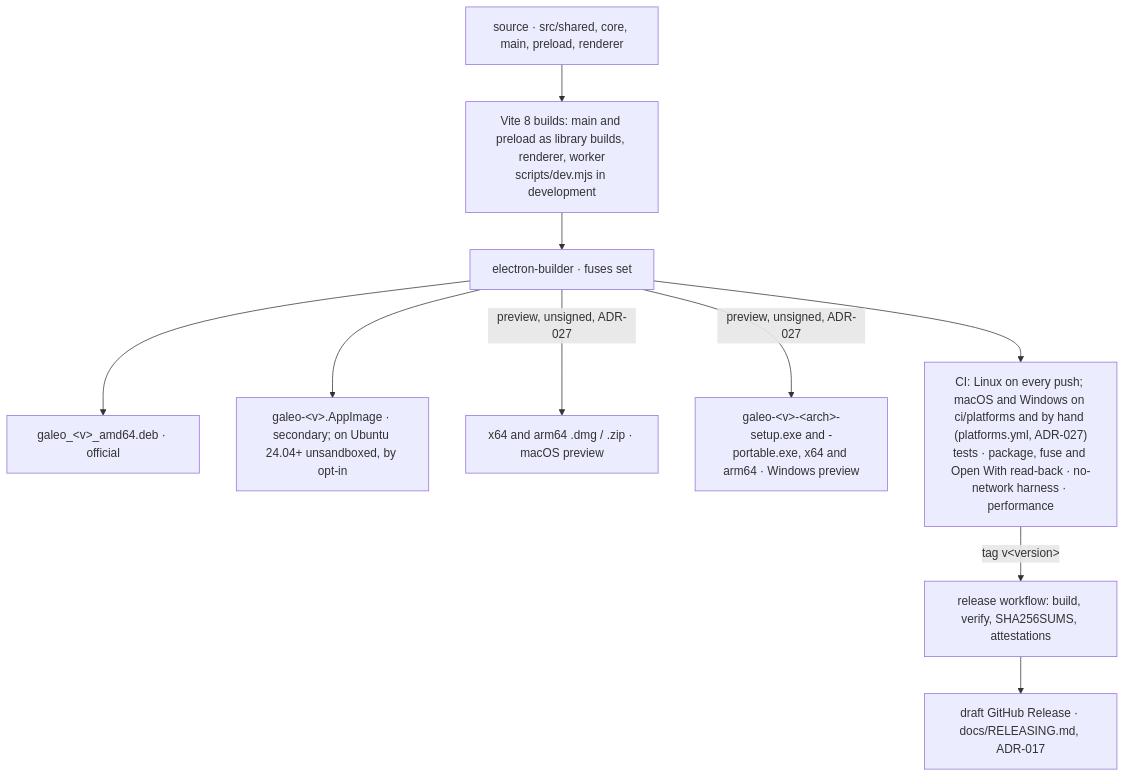
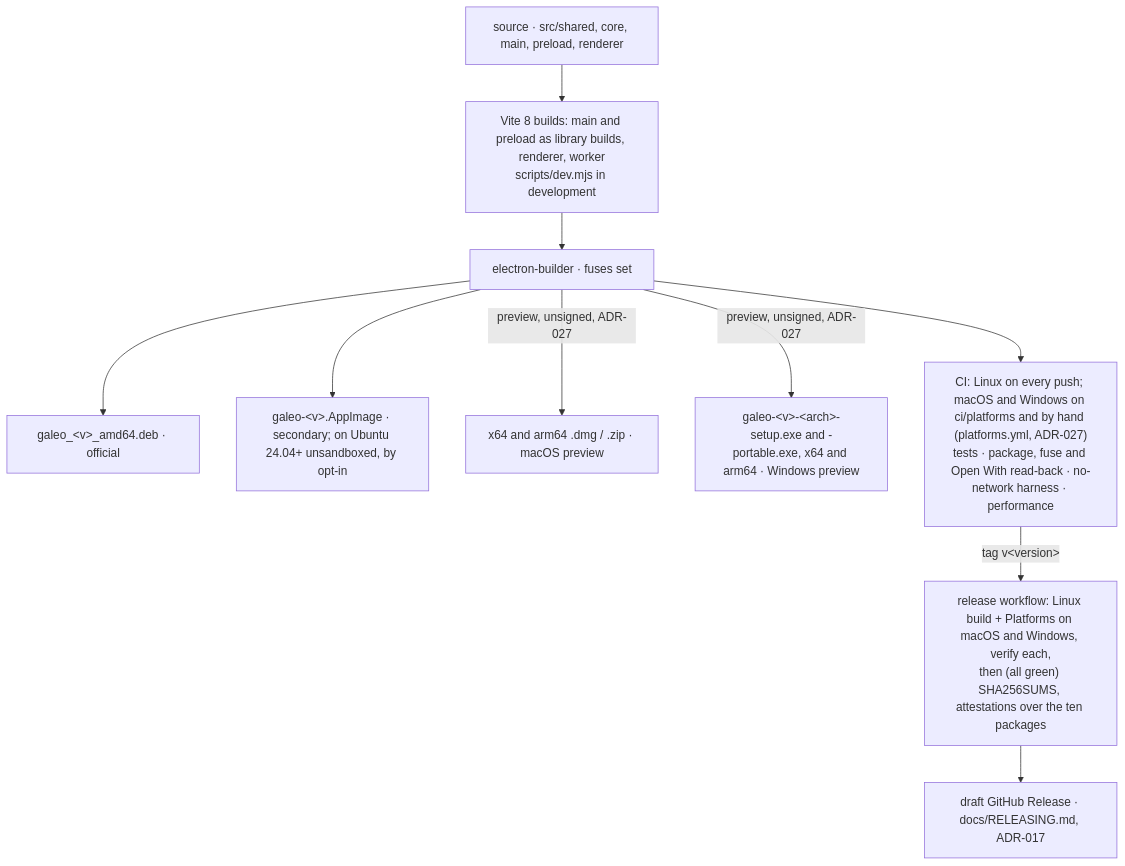
Before and after one commit to SWEStash/galeo: the eighth of 8 diagrams in docs/ARCHITECTURE.md, drawn with Mermaid. The commit also changed 1 other file, not shown here.

Commit message:
docs(release): check, checksum and attest the macOS and Windows previews too

````diff
--- a/docs/ARCHITECTURE.md
+++ b/docs/ARCHITECTURE.md
@@ -433,12 +433,12 @@
 ```mermaid
 flowchart TD
   src[source · src/shared, core, main, preload, renderer] --> vite[Vite 8 builds: main and preload as library builds, renderer, worker<br/>scripts/dev.mjs in development]
   vite --> eb[electron-builder · fuses set]
   eb --> deb[galeo_#lt;v#gt;_amd64.deb · official]
   eb --> appimage[galeo-#lt;v#gt;.AppImage · secondary; on Ubuntu 24.04+ unsandboxed, by opt-in]
   eb -- "preview, unsigned, ADR-027" --> mac[x64 and arm64 .dmg / .zip · macOS preview]
   eb -- "preview, unsigned, ADR-027" --> win[galeo-#lt;v#gt;-#lt;arch#gt;-setup.exe and -portable.exe, x64 and arm64 · Windows preview]
   eb --> ci["CI: Linux on every push; macOS and Windows on ci/platforms and by hand (platforms.yml, ADR-027)<br/>tests · package, fuse and Open With read-back · no-network harness · performance"]
-  ci -- "tag v#lt;version#gt;" --> release[release workflow: build, verify, SHA256SUMS, attestations]
+  ci -- "tag v#lt;version#gt;" --> release["release workflow: Linux build + Platforms on macOS and Windows, verify each,<br/>then (all green) SHA256SUMS, attestations over the ten packages"]
   release --> draft[draft GitHub Release · docs/RELEASING.md, ADR-017]
 ```
````
